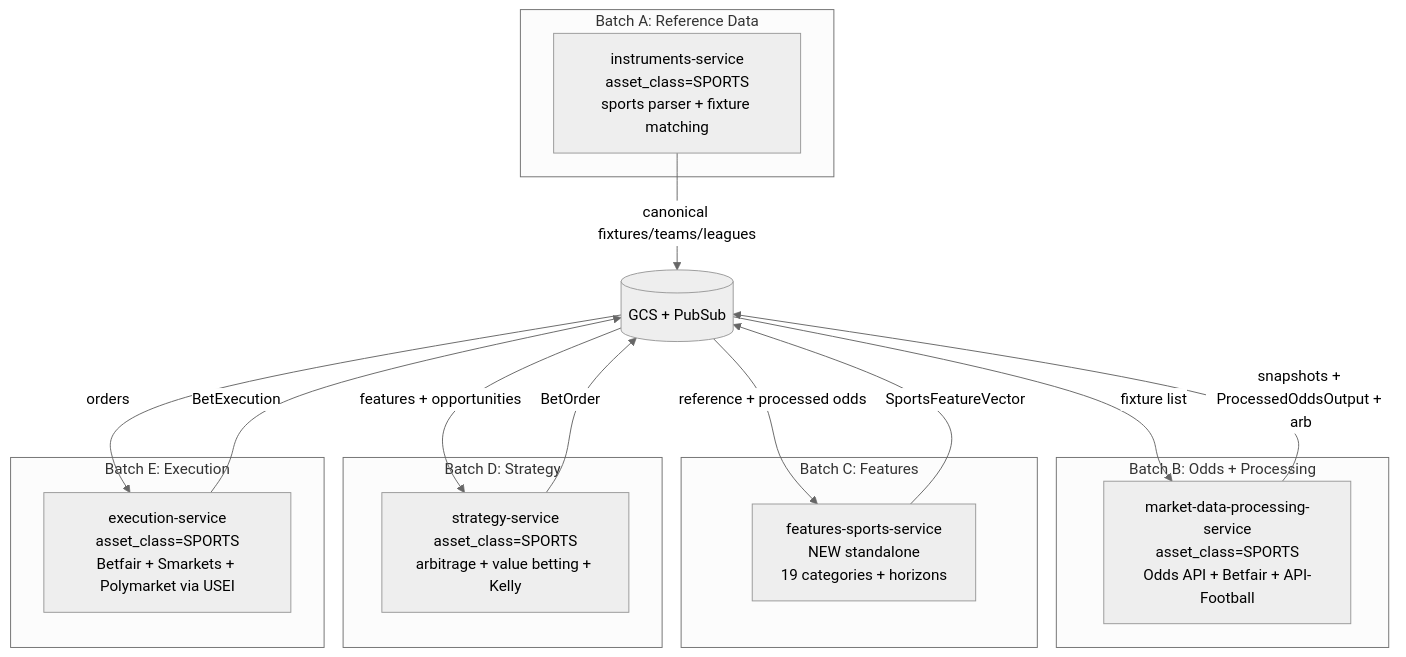
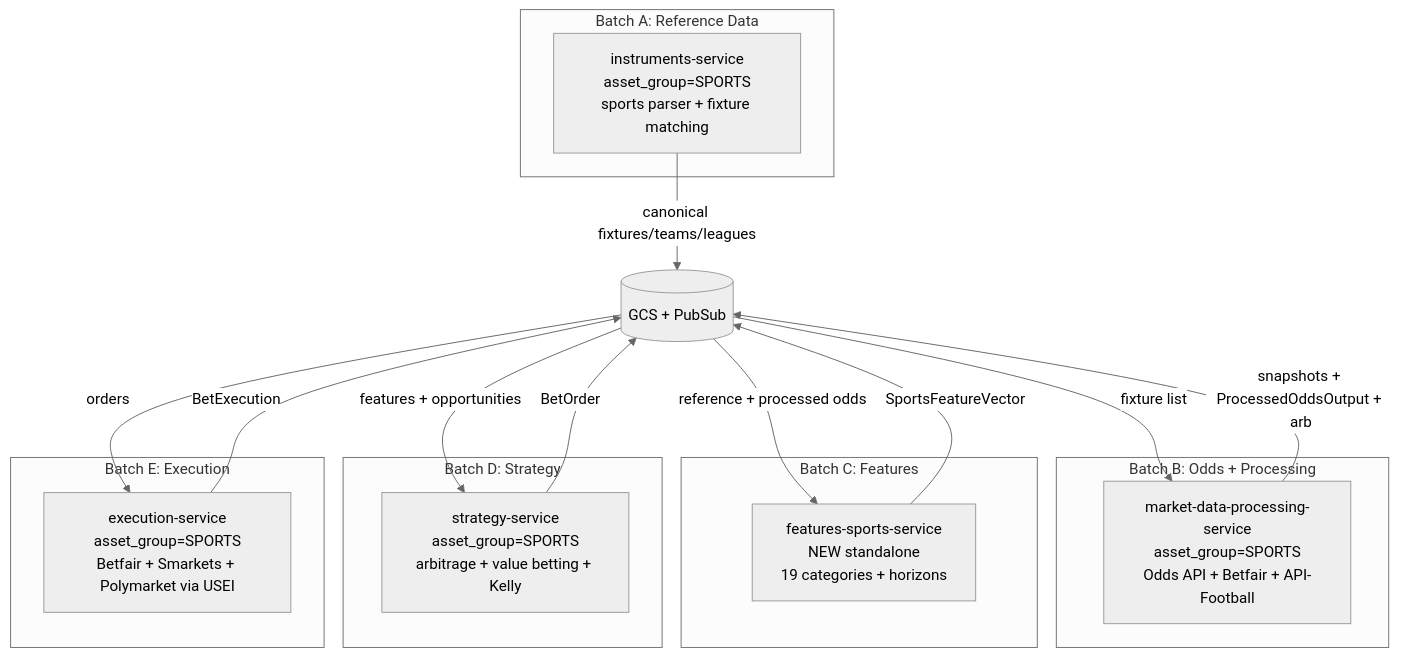
One commit to IggyIkenna/unified-trading-pm changed the tenth of 10 diagrams in codex/04-architecture/deployment-topology-diagrams.md. Above: the diagram before and after it, drawn with Mermaid (neutral theme). The commit also changed other lines of this file and 115 other files, not shown here.

````diff
--- a/codex/04-architecture/deployment-topology-diagrams.md
+++ b/codex/04-architecture/deployment-topology-diagrams.md
@@ -484,34 +484,34 @@
 ```mermaid
 graph TD
     subgraph BatchA [Batch A: Reference Data]
-        Instruments[instruments-service<br/>asset_class=SPORTS<br/>sports parser + fixture matching]
+        Instruments[instruments-service<br/>asset_group=SPORTS<br/>sports parser + fixture matching]
     end
 
     subgraph BatchB [Batch B: Odds + Processing]
-        MDP[market-data-processing-service<br/>asset_class=SPORTS<br/>Odds API + Betfair + API-Football]
+        MDP[market-data-processing-service<br/>asset_group=SPORTS<br/>Odds API + Betfair + API-Football]
     end
 
     subgraph BatchC [Batch C: Features]
         FeatSports[features-sports-service<br/>NEW standalone<br/>19 categories + horizons]
     end
 
     subgraph BatchD [Batch D: Strategy]
-        Strategy[strategy-service<br/>asset_class=SPORTS<br/>arbitrage + value betting + Kelly]
+        Strategy[strategy-service<br/>asset_group=SPORTS<br/>arbitrage + value betting + Kelly]
     end
 
     subgraph BatchE [Batch E: Execution]
-        Execution[execution-service<br/>asset_class=SPORTS<br/>Betfair + Smarkets + Polymarket via USEI]
+        Execution[execution-service<br/>asset_group=SPORTS<br/>Betfair + Smarkets + Polymarket via USEI]
     end
 
     GCS[(GCS + PubSub)]
 
     Instruments -->|canonical fixtures/teams/leagues| GCS
     GCS -->|fixture list| MDP
     MDP -->|snapshots + ProcessedOddsOutput + arb| GCS
     GCS -->|reference + processed odds| FeatSports
     FeatSports -->|SportsFeatureVector| GCS
     GCS -->|features + opportunities| Strategy
     Strategy -->|BetOrder| GCS
     GCS -->|orders| Execution
     Execution -->|BetExecution| GCS
 ```
````
